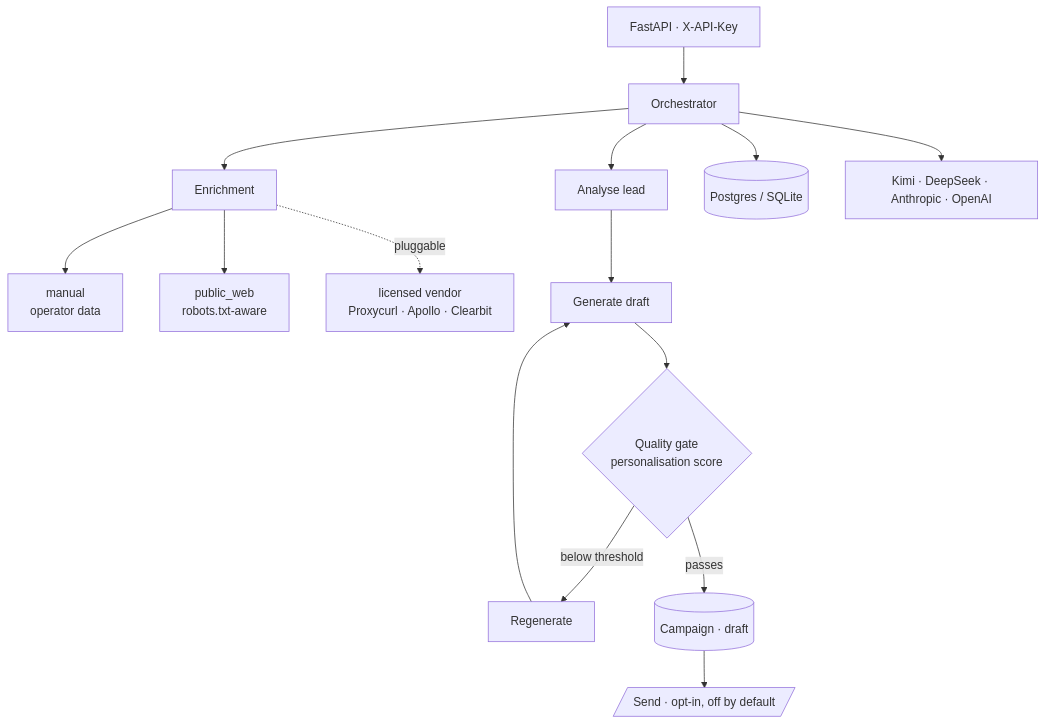
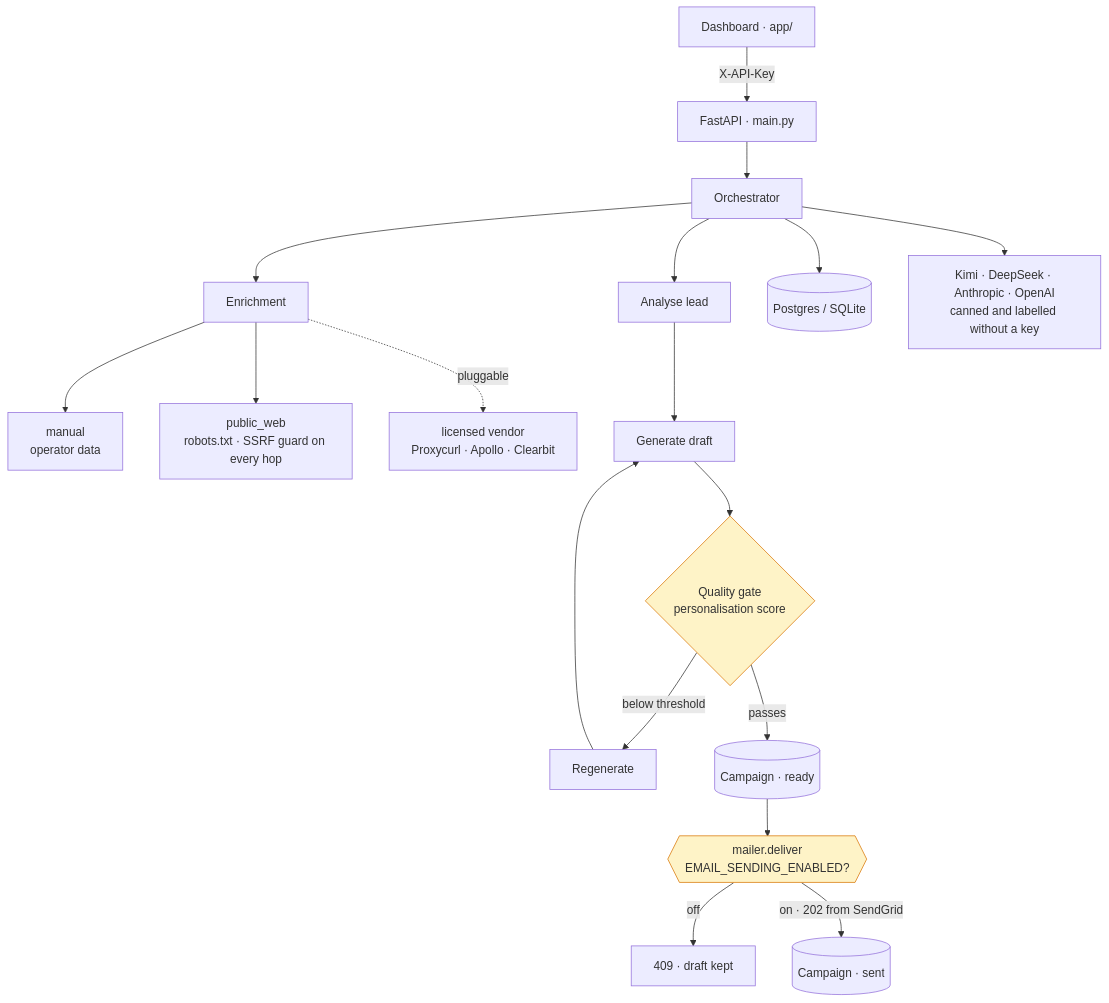
One commit to daniellopez882/Outreach-Pro-Agent changed the diagram in README.md. Above: the diagram before and after it, drawn with Mermaid. The commit also changed other lines of this file and 5 other files, not shown here.

````diff
--- a/README.md
+++ b/README.md
@@ -26,22 +28,27 @@
 ```mermaid
 flowchart TD
-    API[FastAPI · X-API-Key] --> ORCH[Orchestrator]
+    UI[Dashboard · app/] -->|X-API-Key| API[FastAPI · main.py]
+    API --> ORCH[Orchestrator]
 
     ORCH --> ENR[Enrichment]
     ENR --> MAN[manual<br/>operator data]
-    ENR --> WEB[public_web<br/>robots.txt-aware]
+    ENR --> WEB[public_web<br/>robots.txt · SSRF guard on every hop]
     ENR -.->|pluggable| VENDOR[licensed vendor<br/>Proxycurl · Apollo · Clearbit]
 
     ORCH --> ANA[Analyse lead]
     ANA --> GEN[Generate draft]
     GEN --> QC{Quality gate<br/>personalisation score}
 
     QC -->|below threshold| RETRY[Regenerate]
     RETRY --> GEN
-    QC -->|passes| CAMP[(Campaign · draft)]
+    QC -->|passes| CAMP[(Campaign · ready)]
 
-    CAMP --> SEND[/Send · opt-in, off by default/]
+    CAMP --> SEND{{mailer.deliver<br/>EMAIL_SENDING_ENABLED?}}
+    SEND -->|off| R409[409 · draft kept]
+    SEND -->|on · 202 from SendGrid| SENT[(Campaign · sent)]
 
     ORCH --> DB[(Postgres / SQLite)]
-    ORCH --> LLM[Kimi · DeepSeek · Anthropic · OpenAI]
+    ORCH --> LLM[Kimi · DeepSeek · Anthropic · OpenAI<br/>canned and labelled without a key]
+    classDef gate fill:#fef3c7,stroke:#d97706
+    class QC,SEND gate
 ```
````
